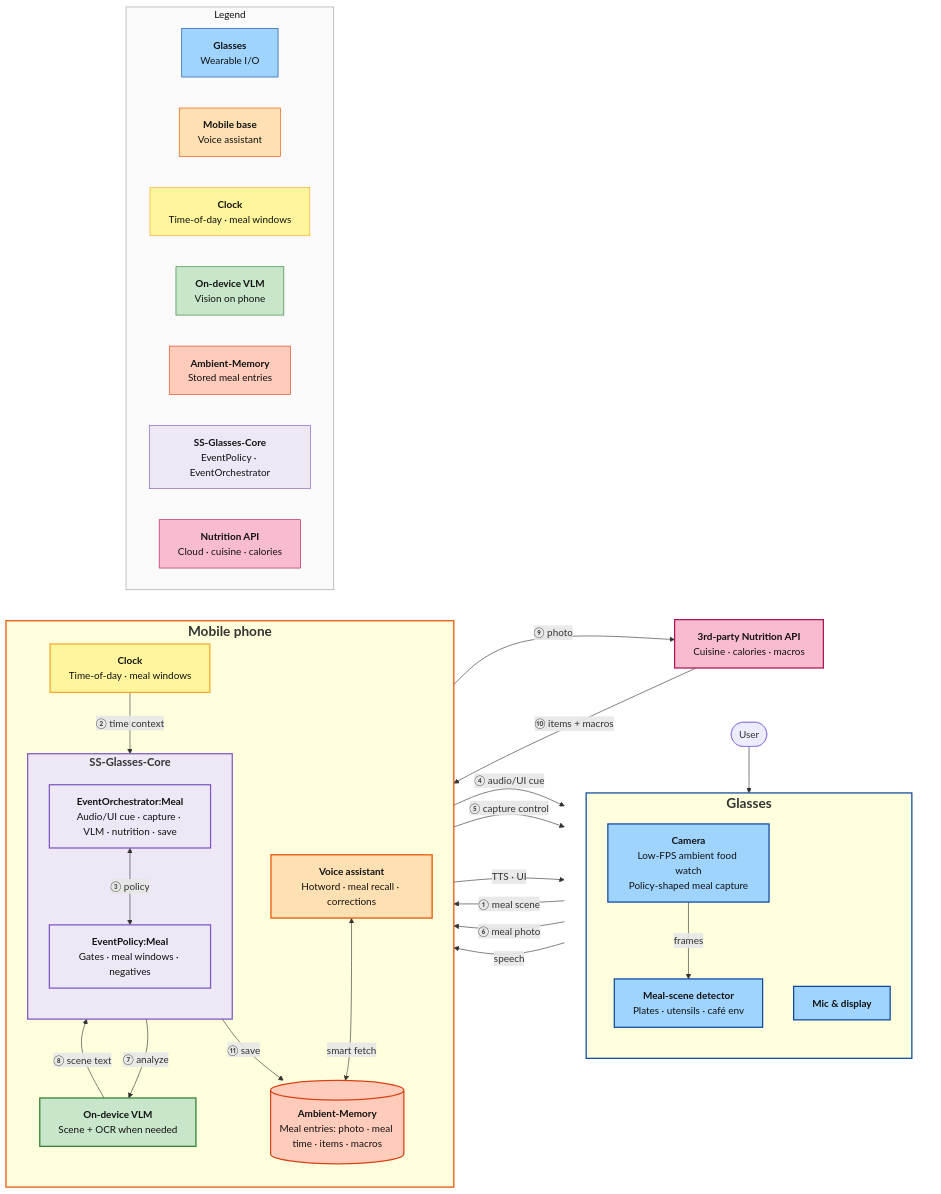
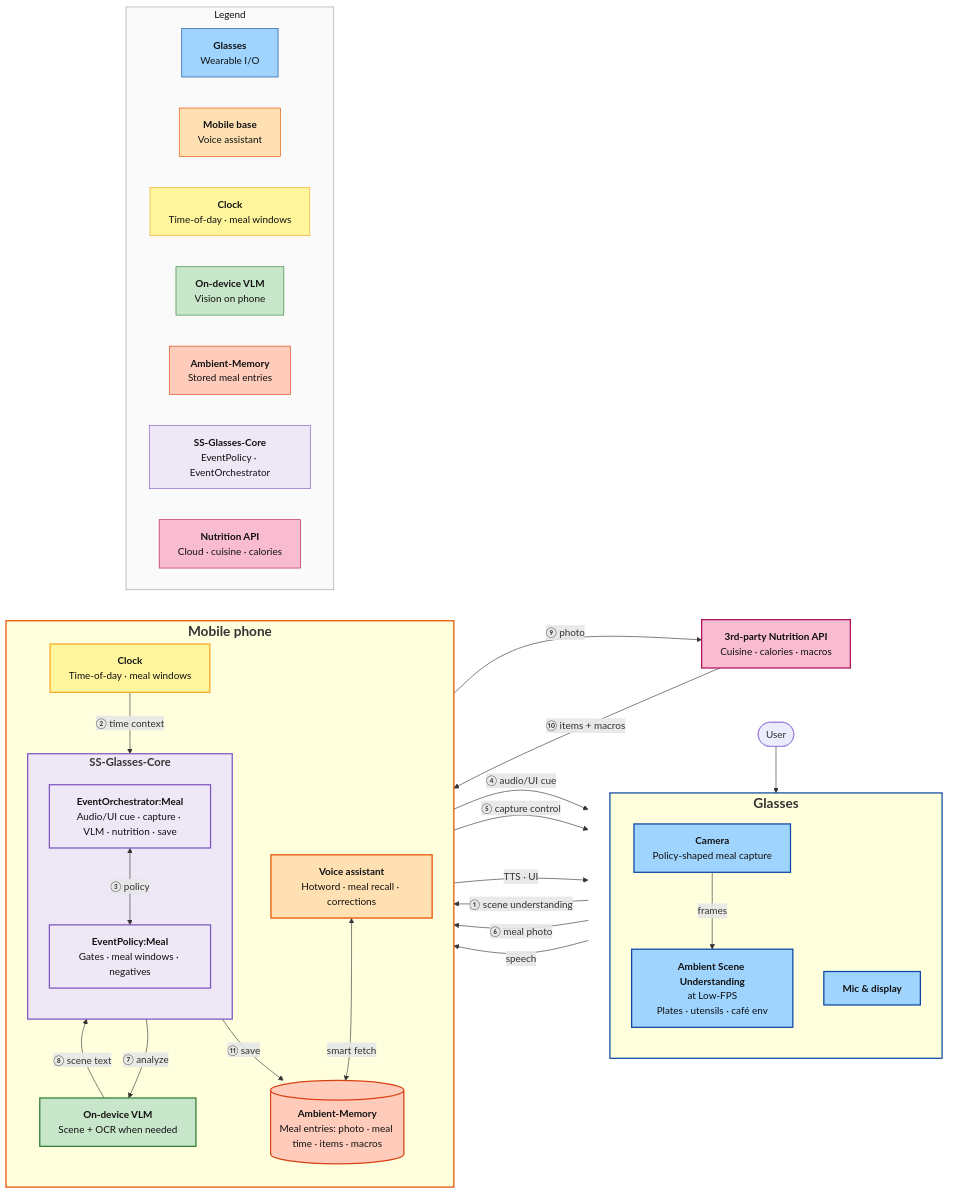
The diagram in tmp/idea3_visual_food_logging_architecture.mermaid (penkesiva/wer-26), drawn with Mermaid before and after one commit. The commit also changed 2 other files, not shown here.

Commit message:
docs(idea3): rename ambient watch to Ambient Scene Understanding
Use Ambient Scene Understanding at Low-FPS in architecture labels and flow docs.

```diff
--- a/tmp/idea3_visual_food_logging_architecture.mermaid
+++ b/tmp/idea3_visual_food_logging_architecture.mermaid
@@ -1,102 +1,102 @@
 %% Idea 3 — Visual Food Logging · mermaid.live
 %% LR columns: Glasses | Mobile (voice assistant inside) — Mic↔VA across column boundary
-%% Smart-triggered: low-FPS ambient food watch → meal scene → policy → capture → VLM + Nutrition API → save
+%% Smart-triggered: Ambient Scene Understanding at Low-FPS → policy → capture → VLM + Nutrition API → save
 %% <b>…</b> = bold title inside a box
 %%{init: {'flowchart': {'htmlLabels': true}}}%%
 
 flowchart LR
     subgraph GCol[" "]
         direction TB
         User([User])
         subgraph Glasses["<b><span style='font-size:22px'>Glasses</span></b>"]
             direction TB
-            Cam["<b>Camera</b><br/>Low-FPS ambient food watch<br/>Policy-shaped meal capture"]
-            SceneDet["<b>Meal-scene detector</b><br/>Plates · utensils · café env"]
+            Cam["<b>Camera</b><br/>Policy-shaped meal capture"]
+            SceneDet["<b>Ambient Scene Understanding</b><br/>at Low-FPS<br/>Plates · utensils · café env"]
             Mic["<b>Mic & display</b>"]
         end
     end
 
     subgraph Mobile["<b><span style='font-size:22px'>Mobile phone</span></b>"]
         direction TB
         VA["<b>Voice assistant</b><br/>Hotword · meal recall · corrections"]
         Clk["<b>Clock</b><br/>Time-of-day · meal windows"]
         subgraph SSGC["<b><span style='font-size:18px'>SS-Glasses-Core</span></b>"]
             direction TB
             PolicyMeal["<b>EventPolicy:Meal</b><br/>Gates · meal windows · negatives"]
             OrchMeal["<b>EventOrchestrator:Meal</b><br/>Audio/UI cue · capture · VLM · nutrition · save"]
         end
         VLM["<b>On-device VLM</b><br/>Scene + OCR when needed"]
         AMEM[("<b>Ambient-Memory</b><br/>Meal entries: photo · meal time · items · macros")]
     end
 
     NutAPI["<b>3rd-party Nutrition API</b><br/>Cuisine · calories · macros"]
 
     subgraph Legend["Legend"]
         direction LR
         LgG["<b>Glasses</b><br/>Wearable I/O"]
         LgM["<b>Mobile base</b><br/>Voice assistant"]
         LgClk["<b>Clock</b><br/>Time-of-day · meal windows"]
         LgL["<b>On-device VLM</b><br/>Vision on phone"]
         LgA["<b>Ambient-Memory</b><br/>Stored meal entries"]
         LgS["<b>SS-Glasses-Core</b><br/>EventPolicy · EventOrchestrator"]
         LgN["<b>Nutrition API</b><br/>Cloud · cuisine · calories"]
     end
 
     Cam -->|"frames"| SceneDet
-    SceneDet -->|"① meal scene"| OrchMeal
+    SceneDet -->|"① scene understanding"| OrchMeal
     Clk -->|"② time context"| OrchMeal
     OrchMeal <-->|"③ policy"| PolicyMeal
 
     OrchMeal -->|"④ audio/UI cue"| Mic
     OrchMeal -->|"⑤ capture control"| Cam
     Cam -->|"⑥ meal photo"| OrchMeal
 
     OrchMeal -->|"⑦ analyze"| VLM
     VLM -->|"⑧ scene text"| OrchMeal
     OrchMeal -->|"⑨ photo"| NutAPI
     NutAPI -->|"⑩ items + macros"| OrchMeal
     OrchMeal -->|"⑪ save"| AMEM
 
     User --> Mic
     Mic -->|speech| VA
     VA -->|TTS · UI| Mic
     VA <-->|smart fetch| AMEM
 
     classDef glasses fill:#9fd4ff,stroke:#0d47a1,color:#111,stroke-width:2px
     classDef mobile fill:#ffe0b2,stroke:#e65100,color:#111,stroke-width:2px
     classDef clock fill:#fff59d,stroke:#f9a825,color:#111,stroke-width:2px
     classDef onDeviceVlm fill:#c8e6c9,stroke:#2e7d32,color:#111,stroke-width:2px
     classDef ambientMem fill:#ffccbc,stroke:#d84315,color:#111,stroke-width:2px
     classDef ssCoreLight fill:#ede7f6,stroke:#7e57c2,color:#111,stroke-width:2px
     classDef nutritionCloud fill:#f8bbd0,stroke:#ad1457,color:#111,stroke-width:2px
     classDef legendGlasses fill:#9fd4ff,stroke:#0d47a1,color:#111
     classDef legendMobile fill:#ffe0b2,stroke:#e65100,color:#111
     classDef legendClock fill:#fff59d,stroke:#f9a825,color:#111
     classDef legendLlm fill:#c8e6c9,stroke:#2e7d32,color:#111
     classDef legendAmbient fill:#ffccbc,stroke:#d84315,color:#111
     classDef legendSS fill:#ede7f6,stroke:#7e57c2,color:#111
     classDef legendNutrition fill:#f8bbd0,stroke:#ad1457,color:#111
     classDef legendFrame fill:#fafafa,stroke:#9e9e9e,color:#111
     classDef colHidden fill:none,stroke:none,color:#111
 
     style SSGC fill:#ede7f6,stroke:#7e57c2,stroke-width:2px
     style GCol fill:none,stroke:none
     style Glasses stroke:#0d47a1,stroke-width:2px
     style Mobile stroke:#e65100,stroke-width:2px
 
     class Cam,Mic,SceneDet glasses
     class Clk clock
     class VA mobile
     class VLM onDeviceVlm
     class AMEM ambientMem
     class PolicyMeal,OrchMeal ssCoreLight
     class NutAPI nutritionCloud
     class GCol colHidden
     class Legend legendFrame
     class LgG legendGlasses
     class LgM legendMobile
     class LgClk legendClock
     class LgL legendLlm
     class LgA legendAmbient
     class LgS legendSS
     class LgN legendNutrition
```
